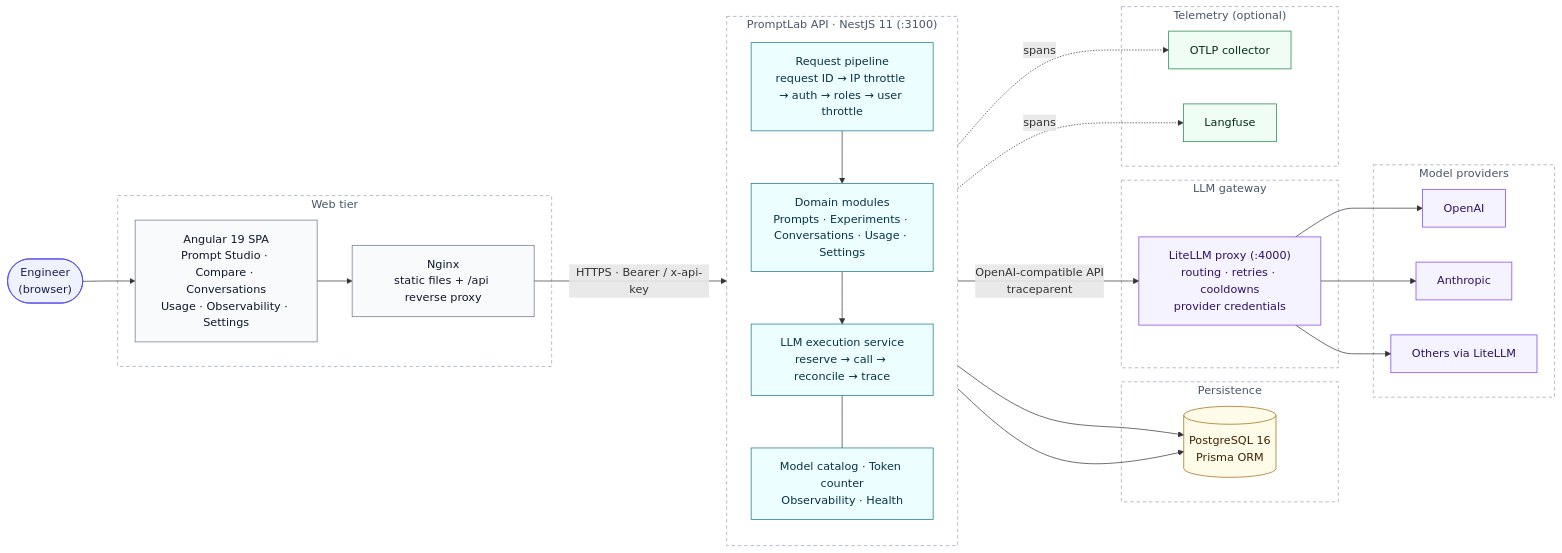
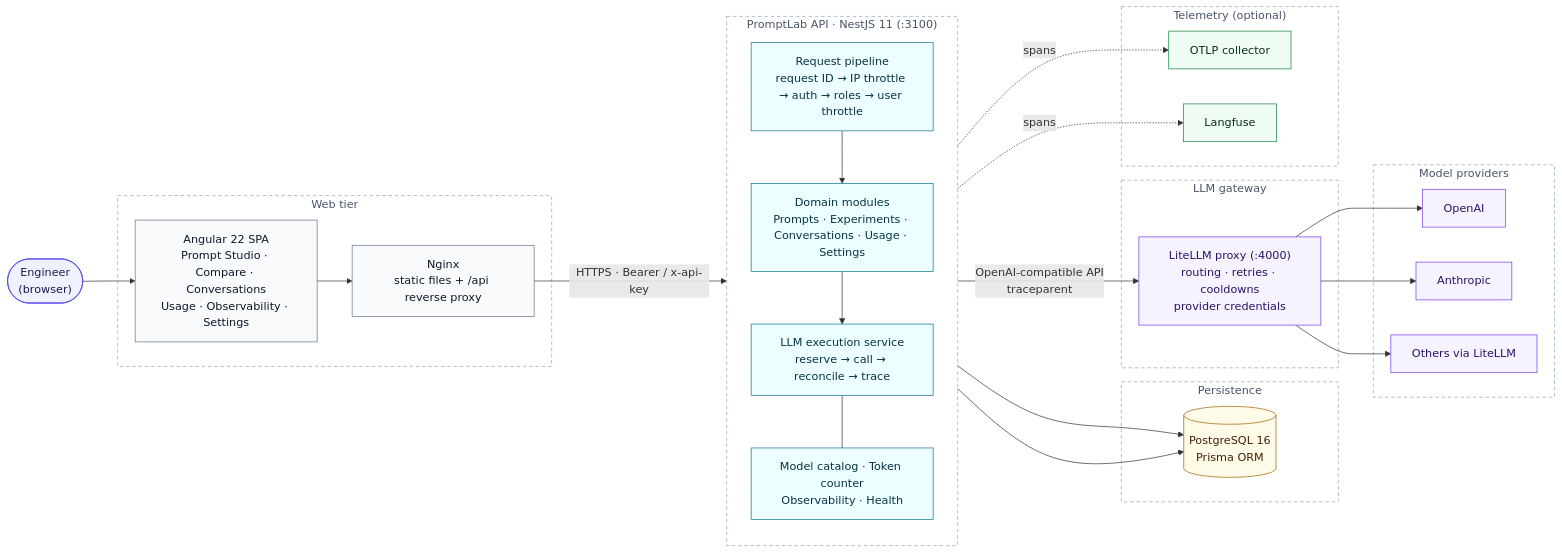
Before and after one commit to Ahmed-Maher77/PromptLab__prompt-workspace-and-llm-gateway: the first of 8 diagrams in README.md, drawn with Mermaid. The commit also changed other lines of this file and 27 other files, not shown here.

````diff
--- a/README.md
+++ b/README.md
@@ -58,65 +58,65 @@
 ```mermaid
 flowchart LR
     user(["Engineer<br/>(browser)"])
 
     subgraph web["Web tier"]
-        spa["Angular 19 SPA<br/>Prompt Studio · Compare · Conversations<br/>Usage · Observability · Settings"]
+        spa["Angular 22 SPA<br/>Prompt Studio · Compare · Conversations<br/>Usage · Observability · Settings"]
         nginx["Nginx<br/>static files + /api reverse proxy"]
     end
 
     subgraph api["PromptLab API · NestJS 11 (:3100)"]
         direction TB
         edge["Request pipeline<br/>request ID → IP throttle → auth → roles → user throttle"]
         domain["Domain modules<br/>Prompts · Experiments · Conversations · Usage · Settings"]
         exec["LLM execution service<br/>reserve → call → reconcile → trace"]
         support["Model catalog · Token counter<br/>Observability · Health"]
         edge --> domain --> exec
         exec --- support
     end
 
     subgraph data["Persistence"]
         pg[("PostgreSQL 16<br/>Prisma ORM")]
     end
 
     subgraph gw["LLM gateway"]
         litellm["LiteLLM proxy (:4000)<br/>routing · retries · cooldowns<br/>provider credentials"]
     end
 
     subgraph providers["Model providers"]
         openai["OpenAI"]
         anthropic["Anthropic"]
         other["Others via LiteLLM"]
     end
 
     subgraph telemetry["Telemetry (optional)"]
         otel["OTLP collector"]
         langfuse["Langfuse"]
     end
 
     user --> spa
     spa --> nginx -->|"HTTPS · Bearer / x-api-key"| edge
     domain --> pg
     exec --> pg
     exec -->|"OpenAI-compatible API<br/>traceparent"| litellm
     litellm --> openai & anthropic & other
     support -.->|"spans"| otel & langfuse
 
     classDef client fill:#eef2ff,stroke:#4f46e5,color:#1e1b4b
     classDef tier fill:#f8fafc,stroke:#64748b,color:#0f172a
     classDef core fill:#ecfeff,stroke:#0e7490,color:#083344
     classDef store fill:#fefce8,stroke:#a16207,color:#422006
     classDef ext fill:#f5f3ff,stroke:#7c3aed,color:#2e1065
     classDef obs fill:#f0fdf4,stroke:#15803d,color:#052e16
     class user client
     class spa,nginx tier
     class edge,domain,exec,support core
     class pg store
     class litellm,openai,anthropic,other ext
     class otel,langfuse obs
     style web fill:transparent,stroke:#94a3b8,stroke-width:1px,stroke-dasharray:5 4,color:#475569
     style api fill:transparent,stroke:#94a3b8,stroke-width:1px,stroke-dasharray:5 4,color:#475569
     style data fill:transparent,stroke:#94a3b8,stroke-width:1px,stroke-dasharray:5 4,color:#475569
     style gw fill:transparent,stroke:#94a3b8,stroke-width:1px,stroke-dasharray:5 4,color:#475569
     style providers fill:transparent,stroke:#94a3b8,stroke-width:1px,stroke-dasharray:5 4,color:#475569
     style telemetry fill:transparent,stroke:#94a3b8,stroke-width:1px,stroke-dasharray:5 4,color:#475569
 ```
````
